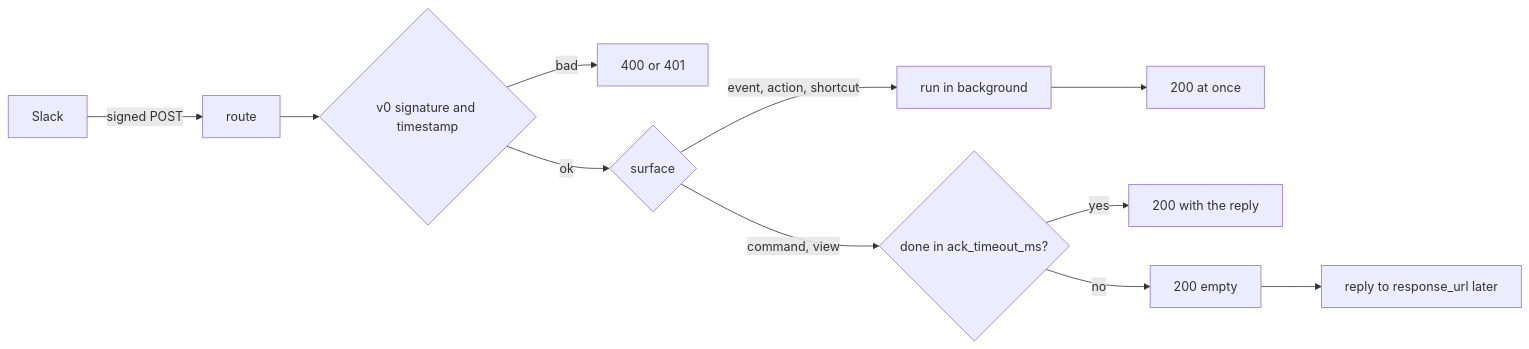
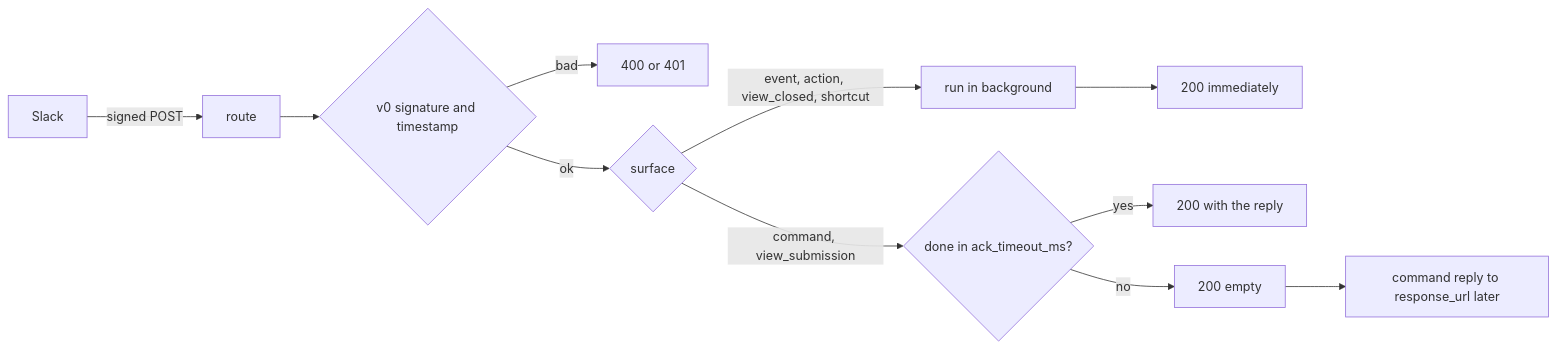
Before and after one commit to autumn-foundation/autumn-plugin-slack: the diagram in README.md, drawn with Mermaid. The commit also changed other lines of this file and 29 other files, not shown here.

First line of the commit message:
Fix code review findings: empty-secret forgery, drain, ack ownership, autumn integration (#2)

````diff
--- a/README.md
+++ b/README.md
@@ -96,11 +104,11 @@
 ```mermaid
 flowchart LR
   S[Slack] -->|signed POST| R[route]
   R --> V{v0 signature and timestamp}
   V -->|bad| E[400 or 401]
   V -->|ok| D{surface}
-  D -->|event, action, shortcut| BG[run in background] --> A[200 at once]
-  D -->|command, view| T{done in ack_timeout_ms?}
+  D -->|event, action, view_closed, shortcut| BG[run in background] --> A[200 immediately]
+  D -->|command, view_submission| T{done in ack_timeout_ms?}
   T -->|yes| RE[200 with the reply]
-  T -->|no| AE[200 empty] --> L[reply to response_url later]
+  T -->|no| AE[200 empty] --> L[command reply to response_url later]
 ```
````
